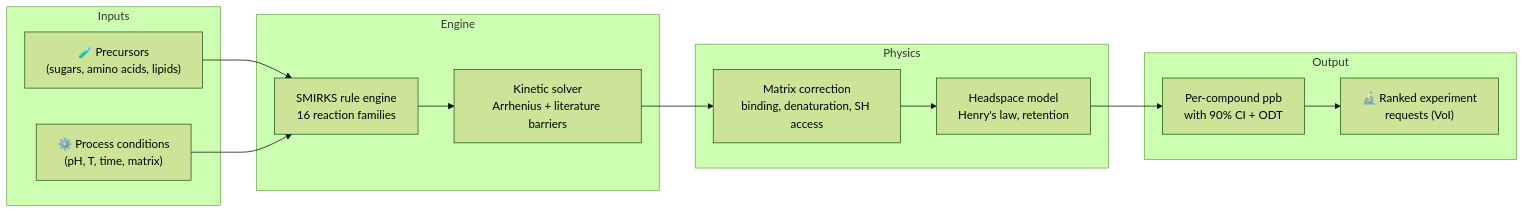
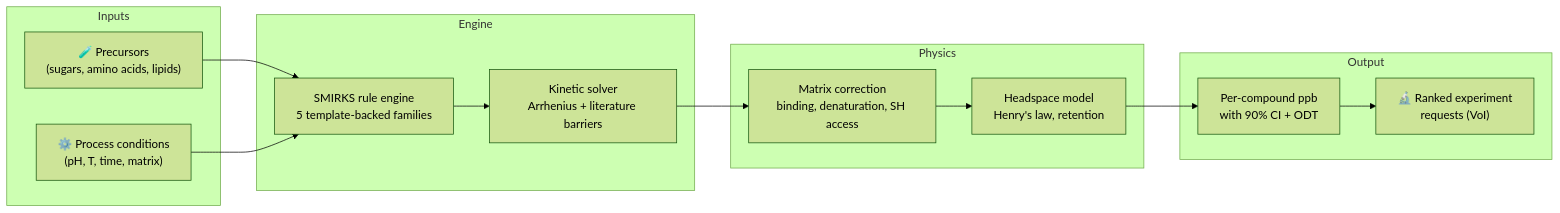
One commit to PabloAMC/Maillard changed the diagram in README.md. Above: the diagram before and after it, drawn with Mermaid (forest theme). The commit also changed other lines of this file and 6 other files, not shown here.

````diff
--- a/README.md
+++ b/README.md
@@ -28,24 +36,24 @@
 ```mermaid
 graph LR
     subgraph Inputs
         A["🧪 Precursors<br/>(sugars, amino acids, lipids)"]
         B["⚙️ Process conditions<br/>(pH, T, time, matrix)"]
     end
 
     subgraph Engine
-        C["SMIRKS rule engine<br/>16 reaction families"]
+        C["SMIRKS rule engine<br/>5 template-backed families"]
         D["Kinetic solver<br/>Arrhenius + literature barriers"]
     end
 
     subgraph Physics
         E["Matrix correction<br/>binding, denaturation, SH access"]
         F["Headspace model<br/>Henry's law, retention"]
     end
 
     subgraph Output
         G["Per-compound ppb<br/>with 90% CI + ODT"]
         H["🔬 Ranked experiment<br/>requests (VoI)"]
     end
 
     A & B --> C --> D --> E --> F --> G --> H
 ```
````
